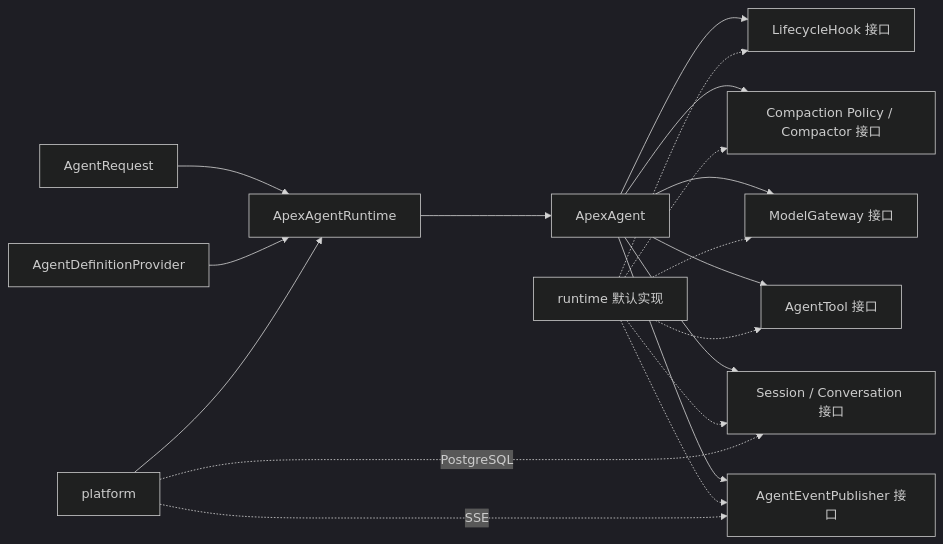
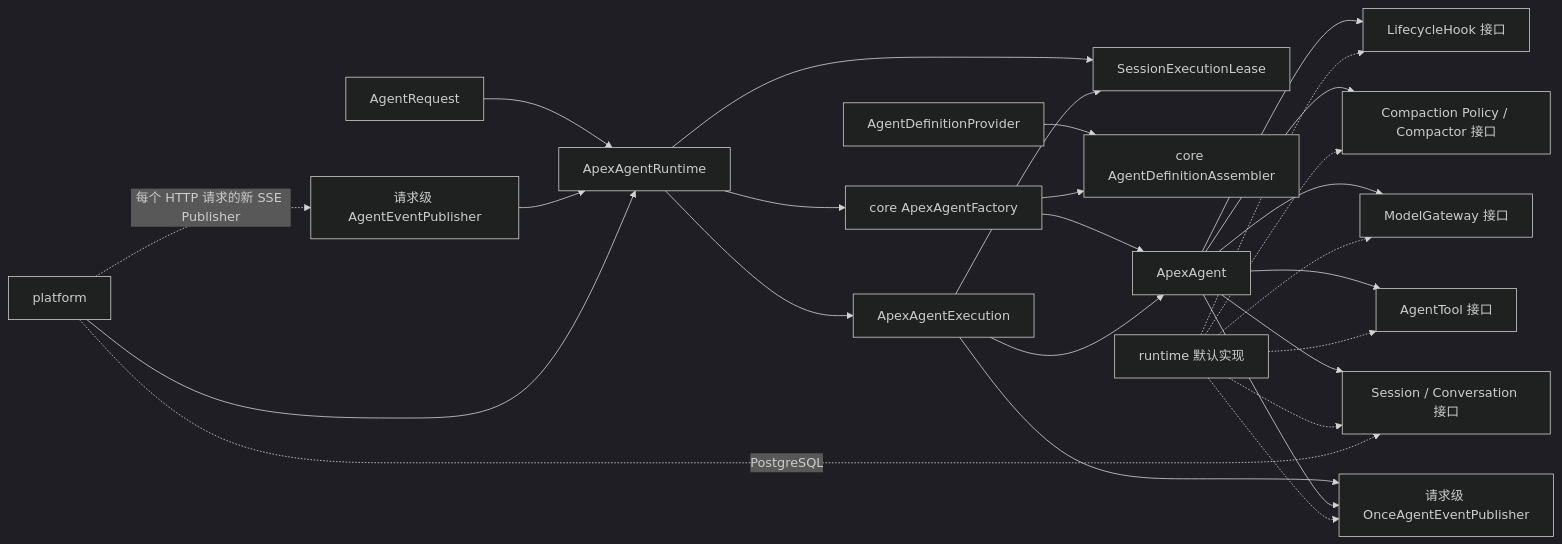
One commit to gemo12123/apex-agent changed the fourth of 4 diagrams in docs/refact/specs/2026-07-28-apex-agent-backend-refactoring-design.md. Above: the diagram before and after it, drawn with Mermaid (dark theme). The commit also changed other lines of this file and 1 other file, not shown here.

````diff
--- a/docs/refact/specs/2026-07-28-apex-agent-backend-refactoring-design.md
+++ b/docs/refact/specs/2026-07-28-apex-agent-backend-refactoring-design.md
@@ -1964,23 +2105,31 @@
 ```mermaid
 flowchart LR
     Request["AgentRequest"] --> Runtime["ApexAgentRuntime"]
-    Definition["AgentDefinitionProvider"] --> Runtime
-    Runtime --> Agent["ApexAgent"]
+    RequestPublisher["请求级 AgentEventPublisher"] --> Runtime
+    Runtime --> Execution["ApexAgentExecution"]
+    Runtime --> Lease["SessionExecutionLease"]
+    Definition["AgentDefinitionProvider"] --> Assembler["core AgentDefinitionAssembler"]
+    Runtime --> Factory["core ApexAgentFactory"]
+    Factory --> Assembler
+    Factory --> Agent["ApexAgent"]
+    Execution --> Agent
+    Execution --> Lease
+    Execution --> Events["请求级 OnceAgentEventPublisher"]
     Agent --> Hooks["LifecycleHook 接口"]
     Agent --> Compaction["Compaction Policy / Compactor 接口"]
     Agent --> Model["ModelGateway 接口"]
     Agent --> Tools["AgentTool 接口"]
     Agent --> Stores["Session / Conversation 接口"]
-    Agent --> Events["AgentEventPublisher 接口"]
+    Agent --> Events
 
     RuntimeImpl["runtime 默认实现"] -.-> Hooks
     RuntimeImpl -.-> Compaction
     RuntimeImpl -.-> Model
     RuntimeImpl -.-> Tools
     RuntimeImpl -.-> Stores
     RuntimeImpl -.-> Events
 
     Platform["platform"] --> Runtime
-    Platform -. "SSE" .-> Events
+    Platform -. "每个 HTTP 请求的新 SSE Publisher" .-> RequestPublisher
     Platform -. "PostgreSQL" .-> Stores
 ```
````
